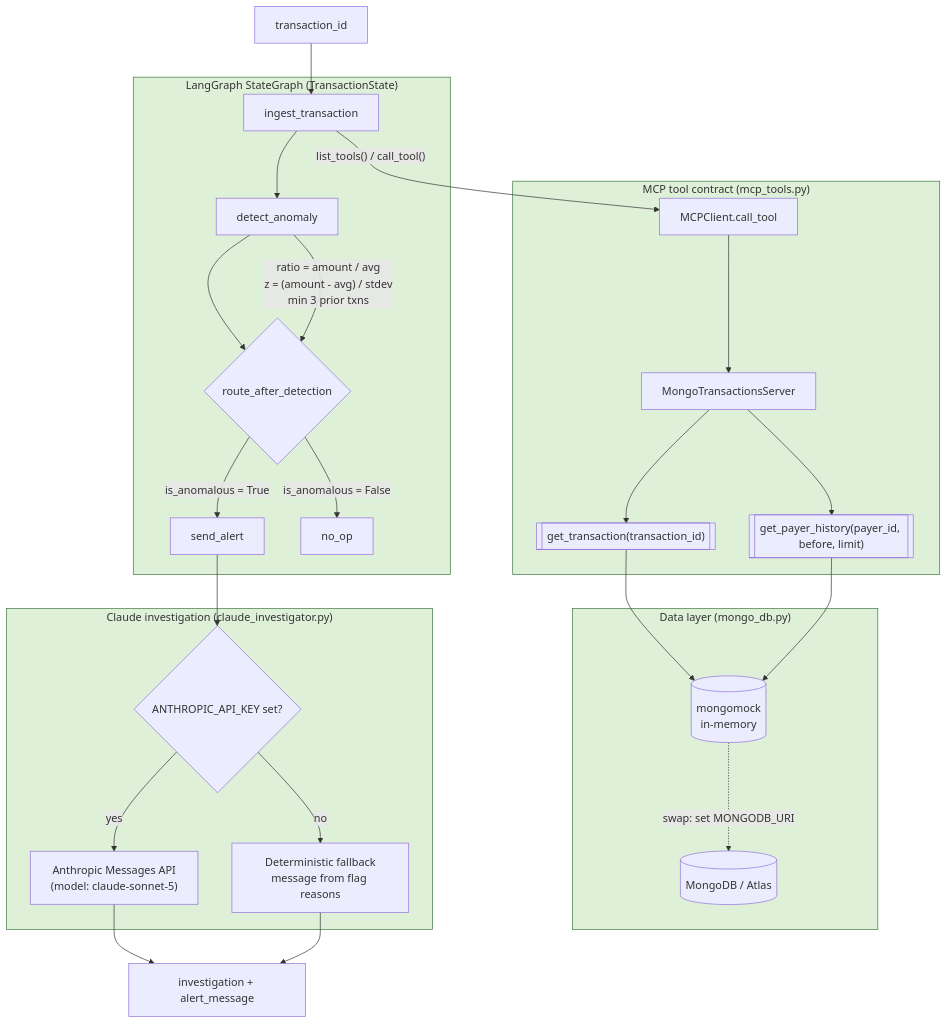
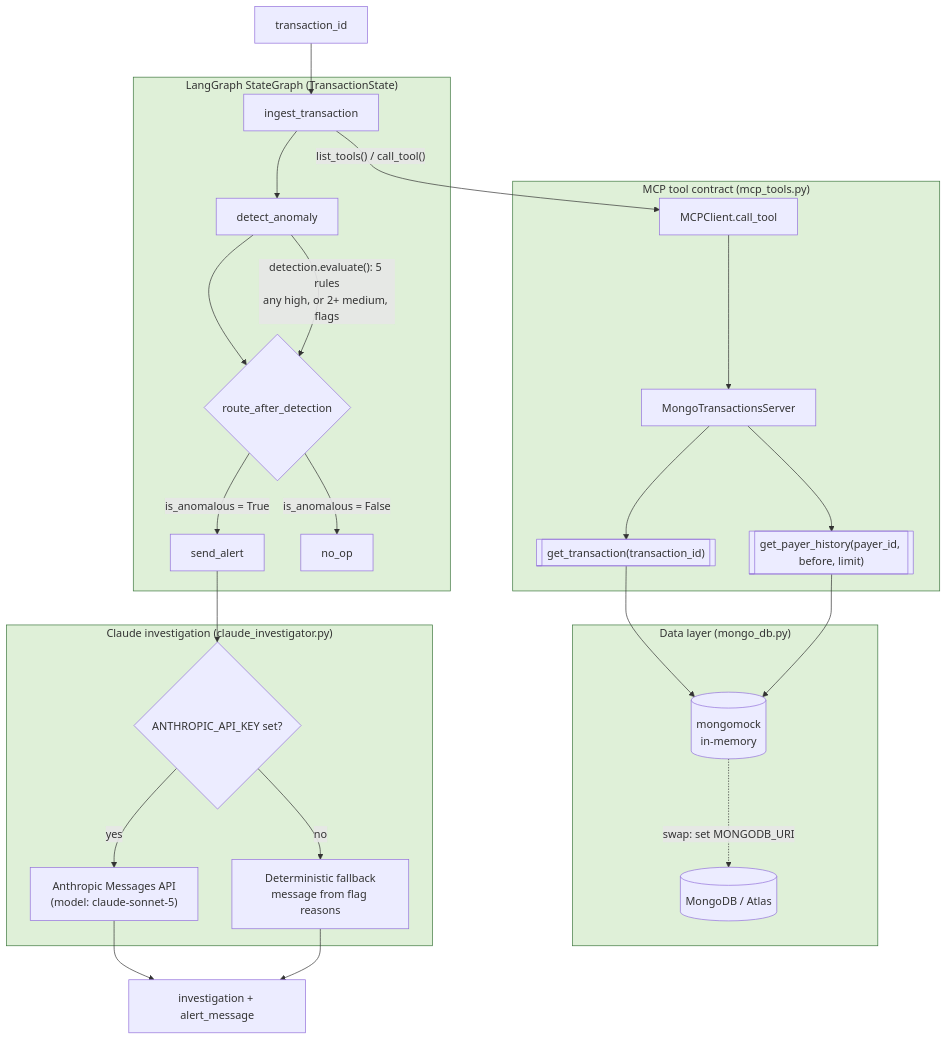
Before and after one commit to sreedhar248/BankingPOC: the second of 3 diagrams in VISUAL_FLOW.md, drawn with Mermaid. The commit also changed other lines of this file and 12 other files, not shown here.

````diff
--- a/VISUAL_FLOW.md
+++ b/VISUAL_FLOW.md
@@ -45,47 +45,47 @@
 ```mermaid
 flowchart TD
     TXID[transaction_id] --> ING[ingest_transaction]
 
     subgraph GRAPH ["LangGraph StateGraph (TransactionState)"]
         ING --> DET[detect_anomaly]
         DET --> ROUTE{route_after_detection}
         ROUTE -->|is_anomalous = True| ALERT[send_alert]
         ROUTE -->|is_anomalous = False| NOOP[no_op]
     end
 
     subgraph MCP ["MCP tool contract (mcp_tools.py)"]
         CLIENT[MCPClient.call_tool]
         SERVER[MongoTransactionsServer]
         T1[["get_transaction(transaction_id)"]]
         T2[["get_payer_history(payer_id, before, limit)"]]
         CLIENT --> SERVER --> T1 & T2
     end
 
     subgraph DATA ["Data layer (mongo_db.py)"]
         MOCK[(mongomock\nin-memory)]
         REAL[(MongoDB / Atlas)]
     end
 
     ING -->|"list_tools() / call_tool()"| CLIENT
     T1 --> MOCK
     T2 --> MOCK
     MOCK -. "swap: set MONGODB_URI" .-> REAL
 
-    DET -->|"ratio = amount / avg\nz = (amount - avg) / stdev\nmin 3 prior txns"| ROUTE
+    DET -->|"detection.evaluate(): 5 rules\nany high, or 2+ medium, flags"| ROUTE
 
     subgraph CLAUDE ["Claude investigation (claude_investigator.py)"]
         ENV{ANTHROPIC_API_KEY set?}
         API["Anthropic Messages API\n(model: claude-sonnet-5)"]
         FALLBACK[Deterministic fallback\nmessage from flag reasons]
         ENV -->|yes| API
         ENV -->|no| FALLBACK
     end
 
     ALERT --> ENV
     API --> OUT[investigation + alert_message]
     FALLBACK --> OUT
 
     classDef implemented fill:#dff0d8,stroke:#3c763d;
     classDef planned fill:#f5f5f5,stroke:#999,stroke-dasharray: 4 3;
     class GRAPH,MCP,DATA,CLAUDE implemented;
 ```
````
